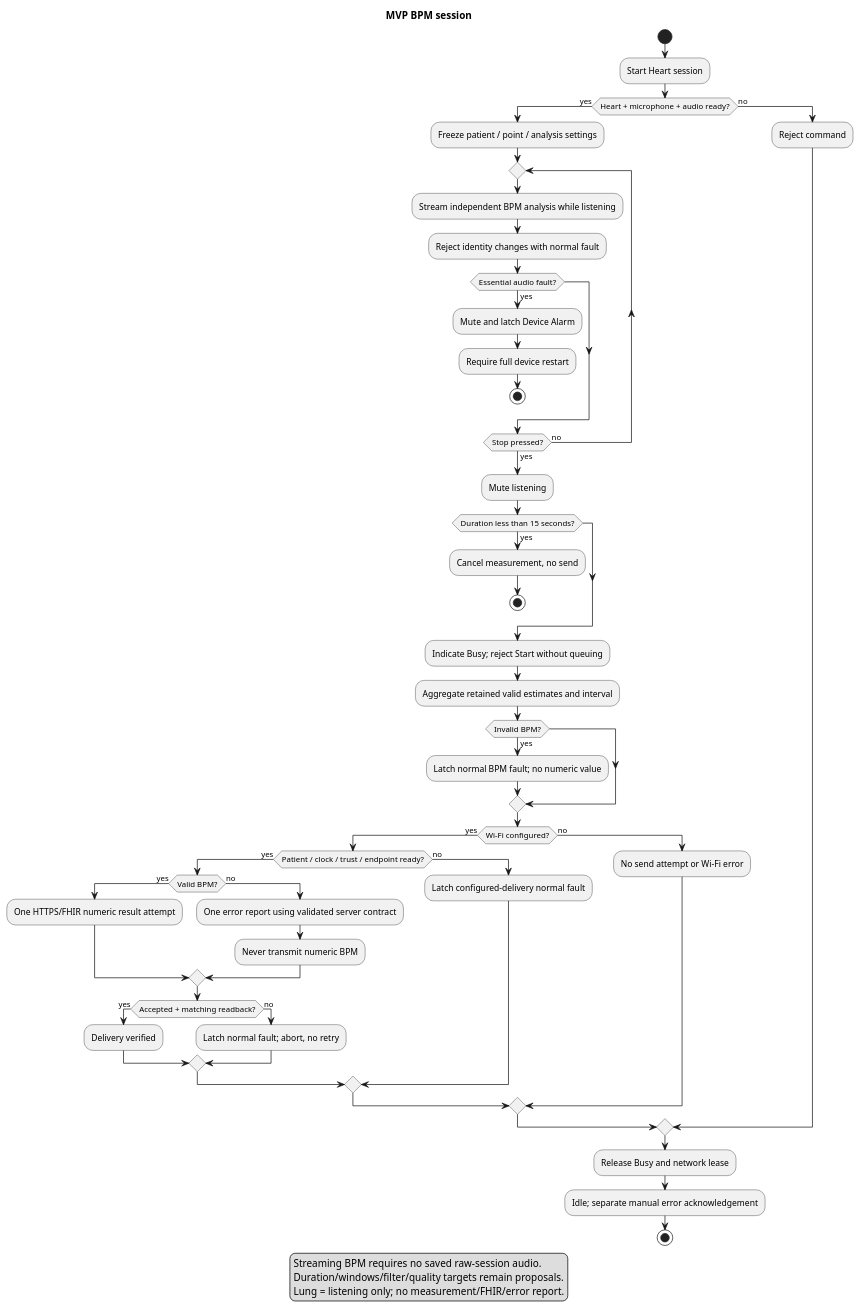
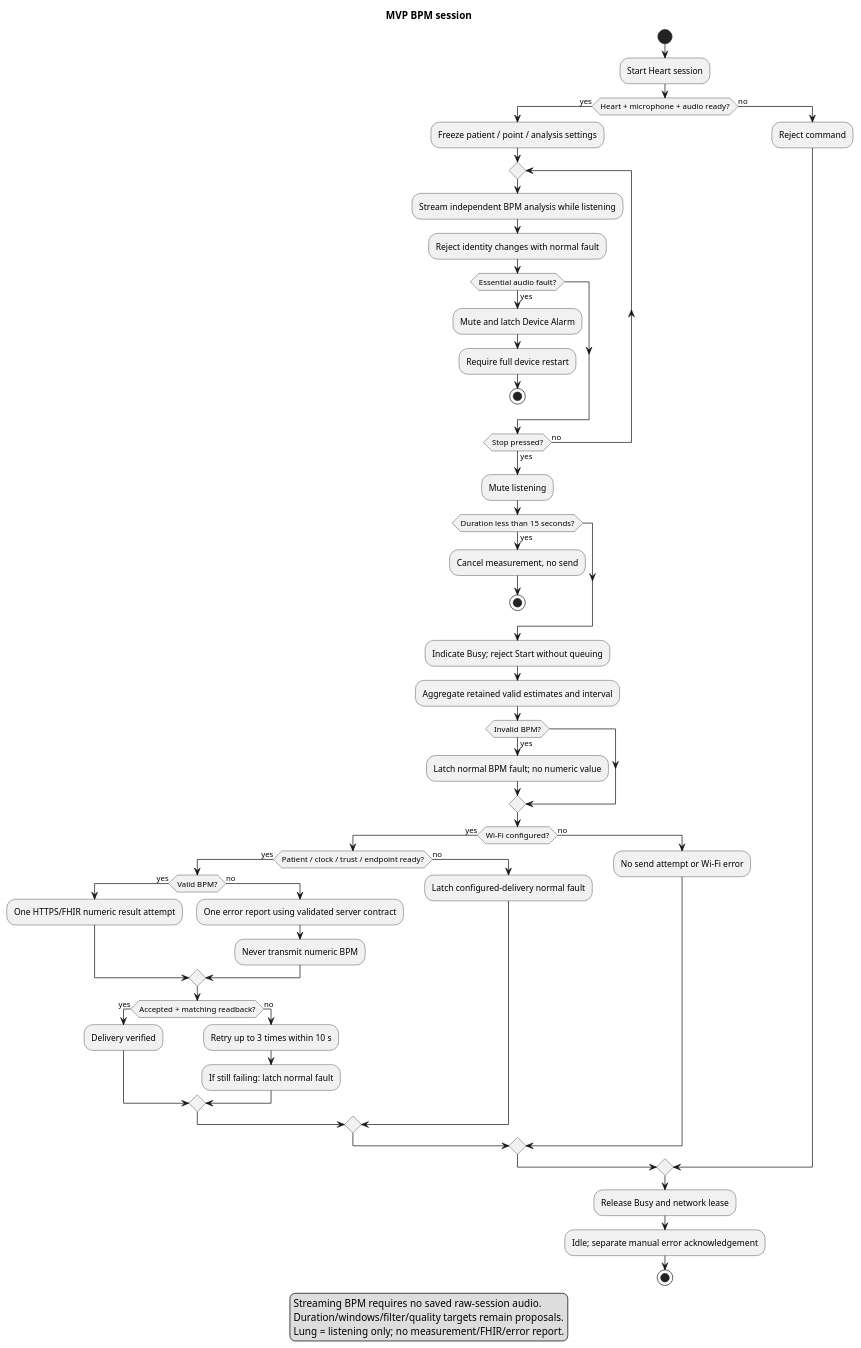
One commit to DemonicPsychoII/DigitalStethoscope changed the diagram in Development/system/architecture/measurement-workflow.puml. Above: the diagram before and after it, drawn with PlantUML. The commit also changed 48 other files, not shown here.

```diff
--- a/Development/system/architecture/measurement-workflow.puml
+++ b/Development/system/architecture/measurement-workflow.puml
@@ -1,58 +1,59 @@
 @startuml measurement_workflow
 skinparam shadowing false
 skinparam defaultFontName SansSerif
 title MVP BPM session
 start
 :Start Heart session;
 if (Heart + microphone + audio ready?) then (yes)
  :Freeze patient / point / analysis settings;
  repeat
   :Stream independent BPM analysis while listening;
   :Reject identity changes with normal fault;
   if (Essential audio fault?) then (yes)
    :Mute and latch Device Alarm;
    :Require full device restart;
    stop
   endif
  repeat while (Stop pressed?) is (no) not (yes)
  :Mute listening;
  if (Duration less than 15 seconds?) then (yes)
   :Cancel measurement, no send;
   stop
  endif
  :Indicate Busy; reject Start without queuing;
  :Aggregate retained valid estimates and interval;
  if (Invalid BPM?) then (yes)
   :Latch normal BPM fault; no numeric value;
  endif
  if (Wi-Fi configured?) then (yes)
   if (Patient / clock / trust / endpoint ready?) then (yes)
    if (Valid BPM?) then (yes)
     :One HTTPS/FHIR numeric result attempt;
    else (no)
     :One error report using validated server contract;
     :Never transmit numeric BPM;
    endif
    if (Accepted + matching readback?) then (yes)
     :Delivery verified;
    else (no)
-    :Latch normal fault; abort, no retry;
+    :Retry up to 3 times within 10 s;
+    :If still failing: latch normal fault;
    endif
   else (no)
    :Latch configured-delivery normal fault;
   endif
  else (no)
   :No send attempt or Wi-Fi error;
  endif
 else (no)
  :Reject command;
 endif
 :Release Busy and network lease;
 :Idle; separate manual error acknowledgement;
 stop
 legend bottom
   Streaming BPM requires no saved raw-session audio.
   Duration/windows/filter/quality targets remain proposals.
   Lung = listening only; no measurement/FHIR/error report.
 endlegend
 @enduml
```
